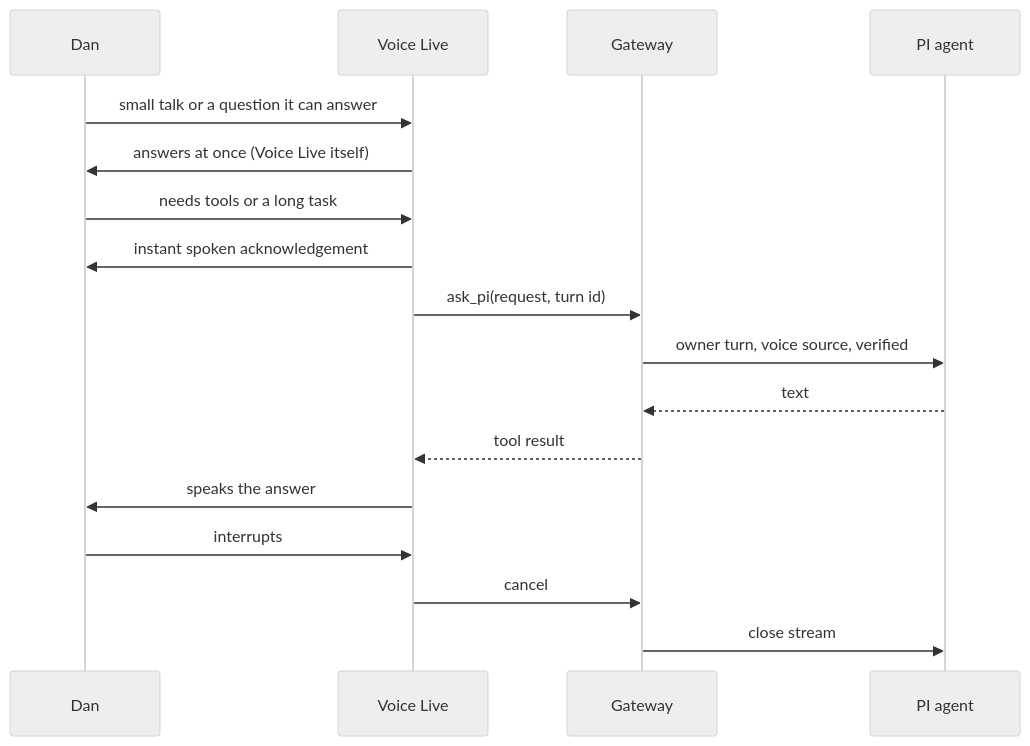
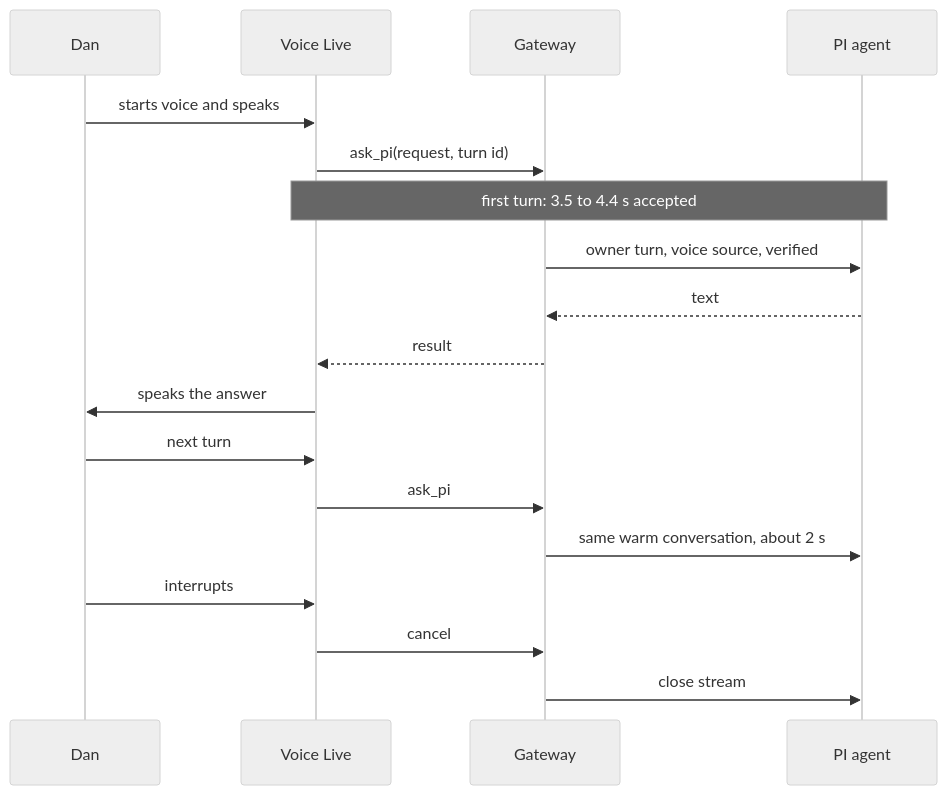
One commit to DanAakesen/jarvis changed the sixth of 8 diagrams in docs/pi/plan.md. Above: the diagram before and after it, drawn with Mermaid (neutral theme). The commit also changed other lines of this file and 3 other files, not shown here.

Commit message:
P15-164: Accept the voice start wait, drop the long-session gate, merge phases 0 to 2 into P15-174

````diff
--- a/docs/pi/plan.md
+++ b/docs/pi/plan.md
@@ -247,19 +247,20 @@
 ```mermaid
 sequenceDiagram
     participant D as Dan
     participant V as Voice Live
     participant G as Gateway
     participant A as PI agent
-    D->>V: small talk or a question it can answer
-    V->>D: answers at once (Voice Live itself)
-    D->>V: needs tools or a long task
-    V->>D: instant spoken acknowledgement
+    D->>V: starts voice and speaks
     V->>G: ask_pi(request, turn id)
+    Note over V,A: first turn: 3.5 to 4.4 s accepted
     G->>A: owner turn, voice source, verified
     A-->>G: text
-    G-->>V: tool result
+    G-->>V: result
     V->>D: speaks the answer
+    D->>V: next turn
+    V->>G: ask_pi
+    G->>A: same warm conversation, about 2 s
     D->>V: interrupts
     V->>G: cancel
     G->>A: close stream
 ```
````
